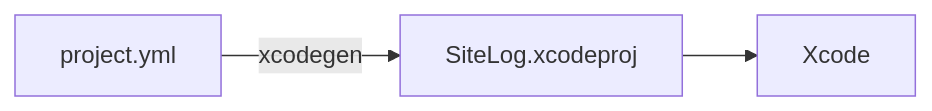
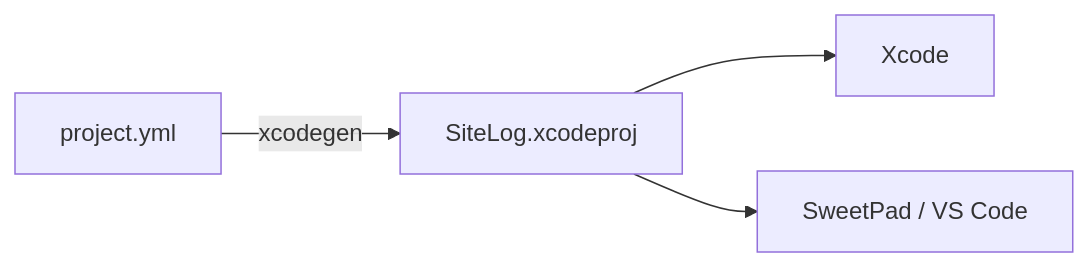
The diagram in docs/dev-docs/xcodegen.md (DAMHONGDUC/site-log-ios), drawn with Mermaid before and after one commit. The commit also changed other lines of this file and 11 other files, not shown here.

````diff
--- a/docs/dev-docs/xcodegen.md
+++ b/docs/dev-docs/xcodegen.md
@@ -8,5 +8,6 @@
 ```mermaid
 flowchart LR
     Y["project.yml"] -->|"xcodegen"| P["SiteLog.xcodeproj"]
     P --> X["Xcode"]
+    P --> S["SweetPad / VS Code"]
 ```
````
